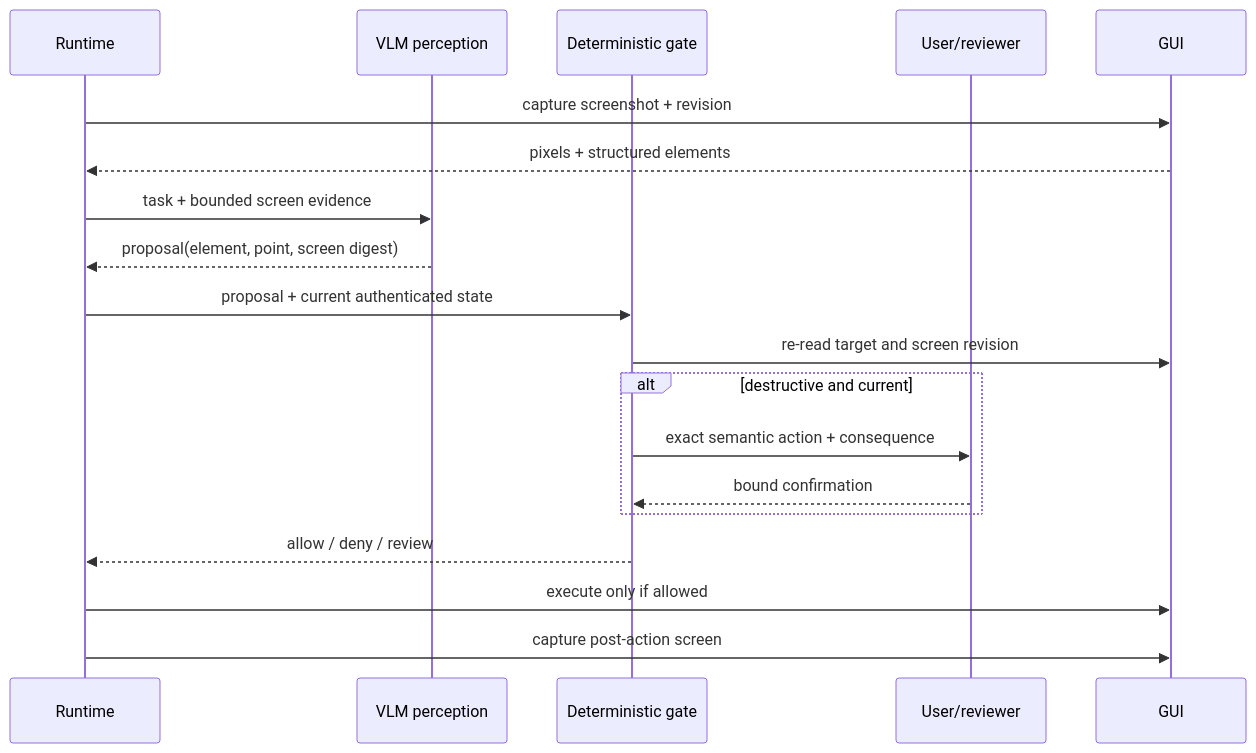
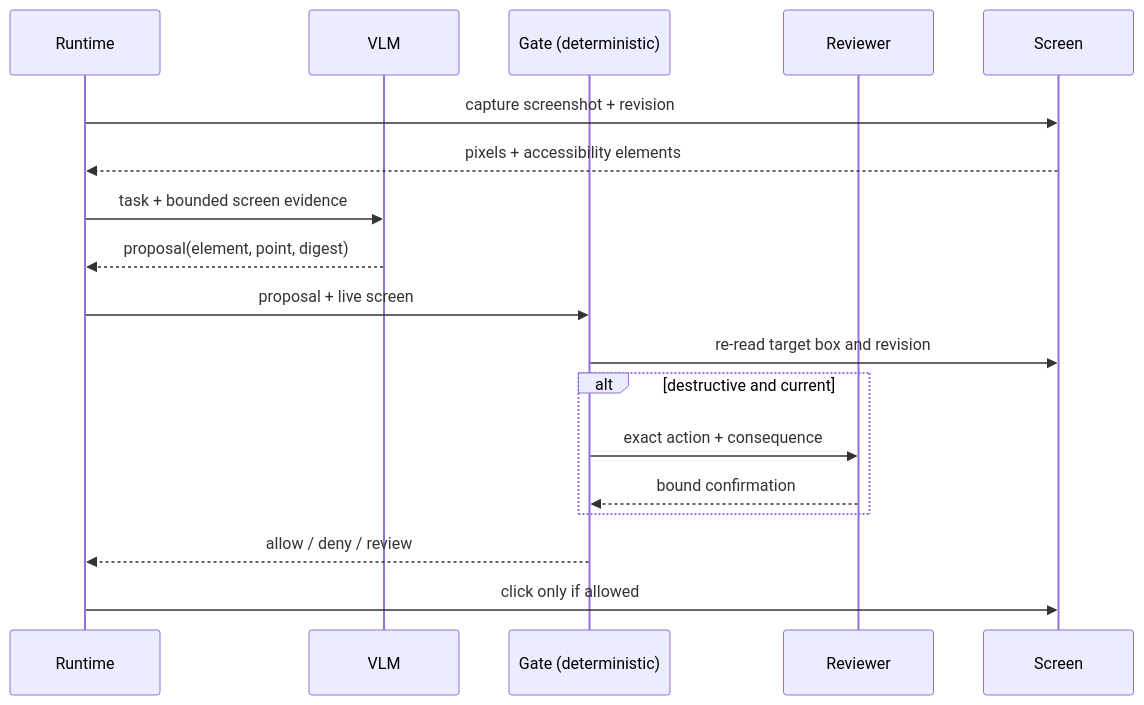
One commit to omkarsarde/agentic-engineering-at-scale changed the third of 3 diagrams in chapters/29-multimodal-vlm-documents-gui.qmd. Above: the diagram before and after it, drawn with Mermaid. The commit also changed other lines of this file and 17 other files, not shown here.

Commit message:
Redo ch29: 29-multimodal-vlm-documents-gui to d2l style (parallel wave 3)

````diff
--- a/chapters/29-multimodal-vlm-documents-gui.qmd
+++ b/chapters/29-multimodal-vlm-documents-gui.qmd
@@ -305,25 +899,23 @@
 ```{mermaid}
+%%| echo: false
 %%| label: fig-ch29-gui
-%%| fig-cap: "What must happen between a VLM grounding a control and the runtime clicking it?"
-%%| fig-alt: "The runtime captures a screenshot and revision, the VLM proposes a named element and coordinates, a deterministic gate re-reads the current screen, verifies the digest, target box, policy, and confirmation, then either denies or executes and captures a new screen."
+%%| fig-cap: "What must happen between a VLM grounding a control and the runtime clicking it? The model proposes a named element and a point bound to a screen digest; a deterministic gate re-reads the live screen, checks the digest, target box, and destructive policy, and only then allows a click. The model never holds raw click authority."
 sequenceDiagram
     participant R as Runtime
-    participant V as VLM perception
-    participant G as Deterministic gate
-    participant U as User/reviewer
-    participant UI as GUI
-
+    participant V as VLM
+    participant G as Gate (deterministic)
+    participant U as Reviewer
+    participant UI as Screen
     R->>UI: capture screenshot + revision
-    UI-->>R: pixels + structured elements
+    UI-->>R: pixels + accessibility elements
     R->>V: task + bounded screen evidence
-    V-->>R: proposal(element, point, screen digest)
-    R->>G: proposal + current authenticated state
-    G->>UI: re-read target and screen revision
+    V-->>R: proposal(element, point, digest)
+    R->>G: proposal + live screen
+    G->>UI: re-read target box and revision
     alt destructive and current
-        G->>U: exact semantic action + consequence
+        G->>U: exact action + consequence
         U-->>G: bound confirmation
     end
     G-->>R: allow / deny / review
-    R->>UI: execute only if allowed
-    R->>UI: capture post-action screen
+    R->>UI: click only if allowed
 ```
````
